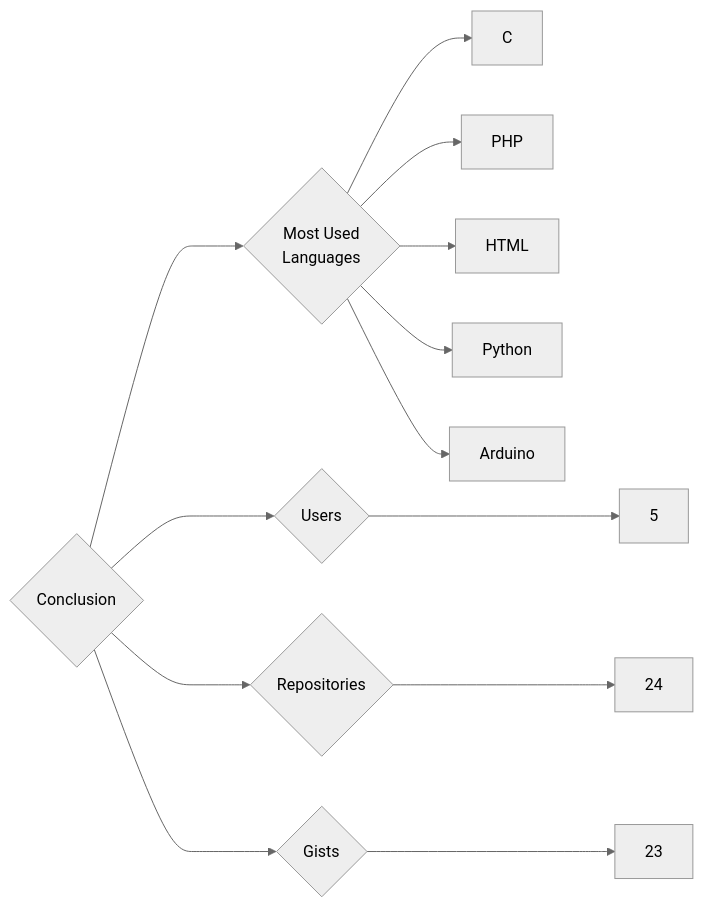
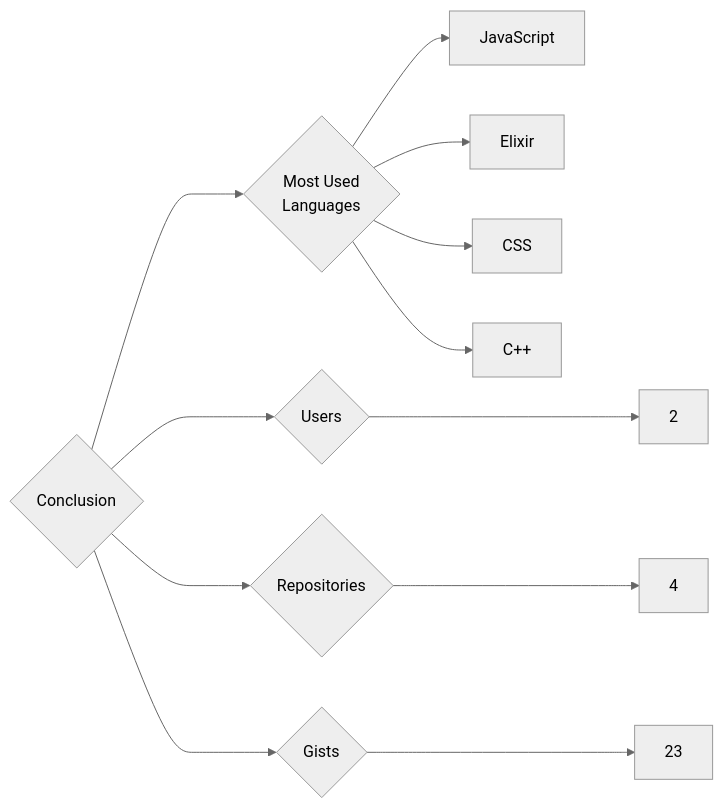
Before and after one commit to trickest/insiders: the diagram in targets/Conclusion/README.md, drawn with Mermaid (neutral theme). The commit also changed 724 other files, not shown here.

````diff
--- a/targets/Conclusion/README.md
+++ b/targets/Conclusion/README.md
@@ -3,13 +3,12 @@
 ```mermaid
 graph LR
 COMPANY_NAME{Conclusion}
-COMPANY_NAME ---> U{Users} ---> UN[5]
-COMPANY_NAME ---> R{Repositories} ---> RN[24]
+COMPANY_NAME ---> U{Users} ---> UN[2]
+COMPANY_NAME ---> R{Repositories} ---> RN[4]
 COMPANY_NAME ---> G{Gists} ---> GN[23]
 COMPANY_NAME ---> ML{Most Used<br>Languages}
-ML --> C[C]
-ML --> PHP[PHP]
-ML --> HTML[HTML]
-ML --> Python[Python]
-ML --> Arduino[Arduino]
+ML --> JavaScript[JavaScript]
+ML --> Elixir[Elixir]
+ML --> CSS[CSS]
+ML --> C++[C++]
 ```
````
